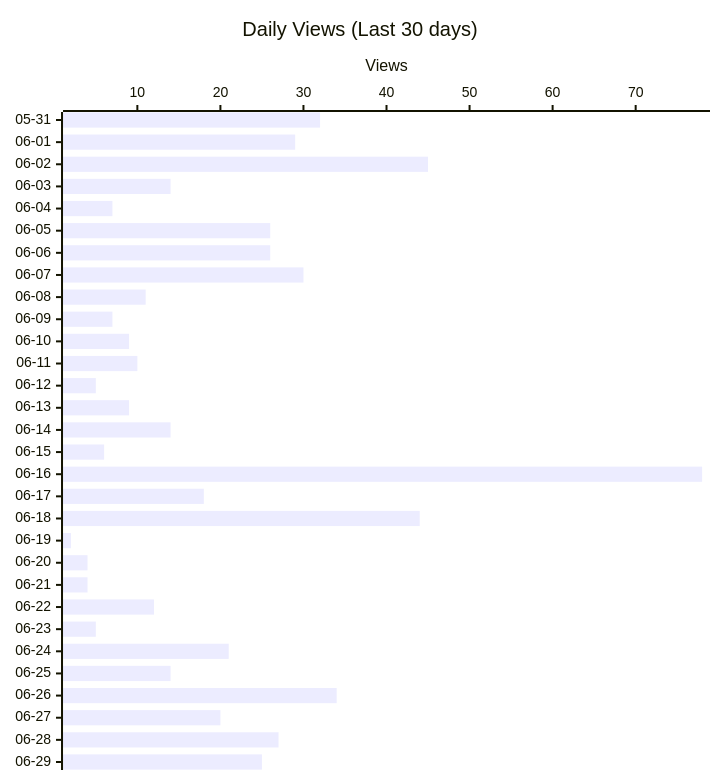
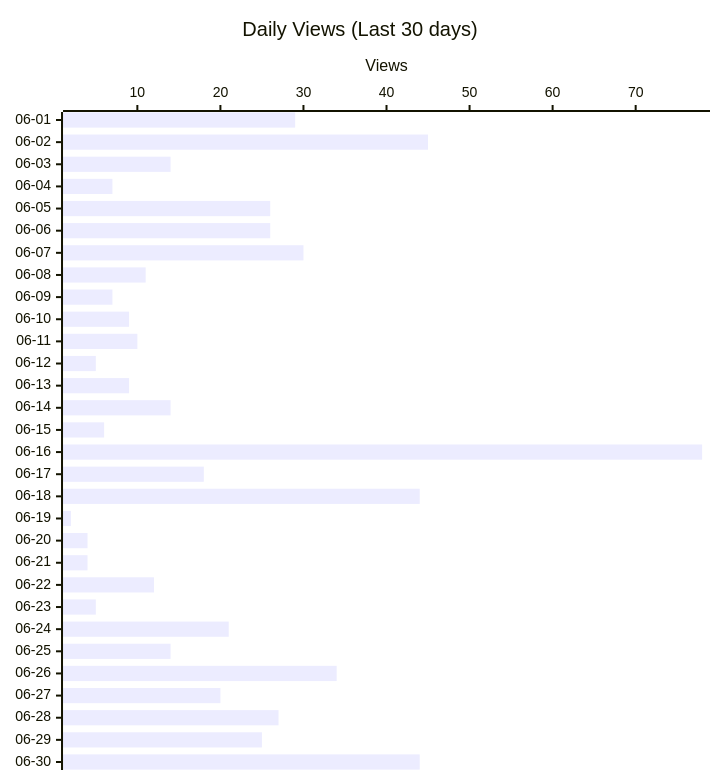
Before and after one commit to shigechika/github-insights: the second of 3 diagrams in README.md, drawn with Mermaid. The commit also changed other lines of this file and 2 other files, not shown here.

````diff
--- a/README.md
+++ b/README.md
@@ -28,12 +28,12 @@
 ```mermaid
 ---
 config:
   xyChart:
     height: 760
 ---
 xychart-beta horizontal
     title "Daily Views (Last 30 days)"
-    x-axis ["05-31", "06-01", "06-02", "06-03", "06-04", "06-05", "06-06", "06-07", "06-08", "06-09", "06-10", "06-11", "06-12", "06-13", "06-14", "06-15", "06-16", "06-17", "06-18", "06-19", "06-20", "06-21", "06-22", "06-23", "06-24", "06-25", "06-26", "06-27", "06-28", "06-29"]
+    x-axis ["06-01", "06-02", "06-03", "06-04", "06-05", "06-06", "06-07", "06-08", "06-09", "06-10", "06-11", "06-12", "06-13", "06-14", "06-15", "06-16", "06-17", "06-18", "06-19", "06-20", "06-21", "06-22", "06-23", "06-24", "06-25", "06-26", "06-27", "06-28", "06-29", "06-30"]
     y-axis "Views"
-    bar [32, 29, 45, 14, 7, 26, 26, 30, 11, 7, 9, 10, 5, 9, 14, 6, 78, 18, 44, 2, 4, 4, 12, 5, 21, 14, 34, 20, 27, 25]
+    bar [29, 45, 14, 7, 26, 26, 30, 11, 7, 9, 10, 5, 9, 14, 6, 78, 18, 44, 2, 4, 4, 12, 5, 21, 14, 34, 20, 27, 25, 44]
 ```
````
